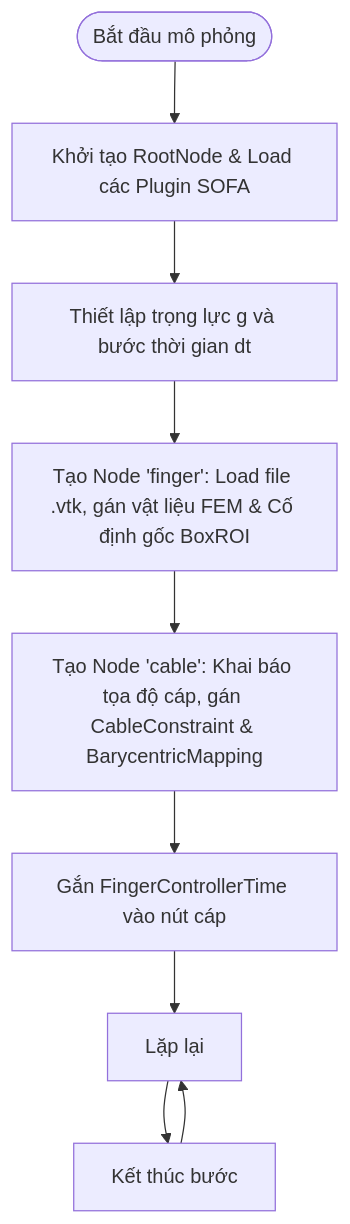
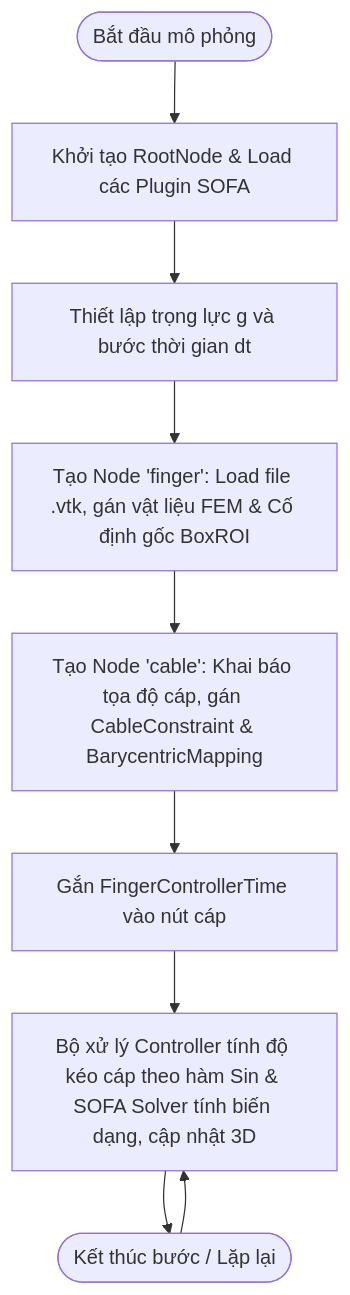
Before and after one commit to KHA1386/SOFA-cable-controlled-finger-Khuat-Hung-Anh: the diagram in README.md, drawn with Mermaid.

````diff
--- a/README.md
+++ b/README.md
@@ -92,11 +92,11 @@
 ```mermaid
 flowchart TD
     A([Bắt đầu mô phỏng]) --> B[Khởi tạo RootNode & Load các Plugin SOFA]
     B --> C[Thiết lập trọng lực g và bước thời gian dt]
     C --> D[Tạo Node 'finger': Load file .vtk, gán vật liệu FEM & Cố định gốc BoxROI]
     D --> E[Tạo Node 'cable': Khai báo tọa độ cáp, gán CableConstraint & BarycentricMapping]
     E --> F[Gắn FingerControllerTime vào nút cáp]
     F --> G[Bộ xử lý Controller tính độ kéo cáp theo hàm Sin & SOFA Solver tính biến dạng, cập nhật 3D]
-    G --> H[Kết thúc bước]
-    H --> G[Lặp lại]
+    G --> H([Kết thúc bước / Lặp lại])
+    H --> G
 ```
````
